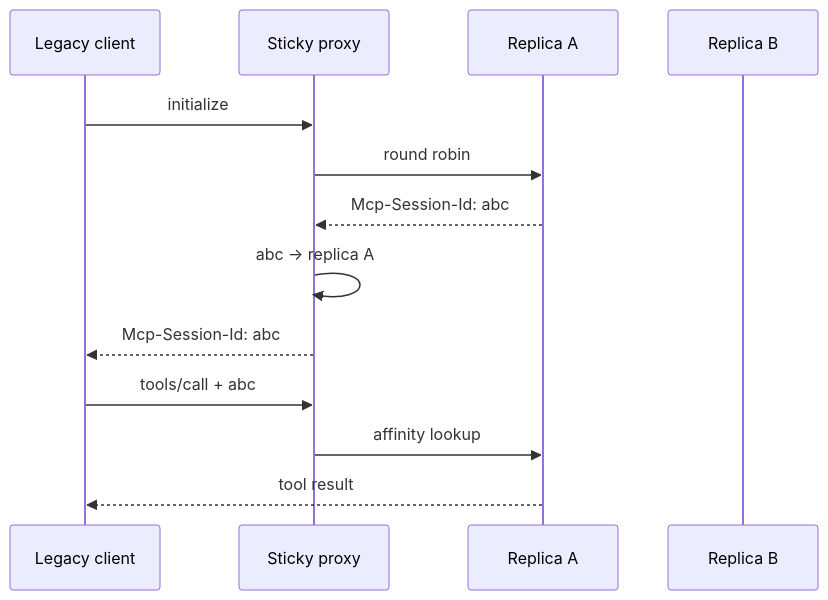
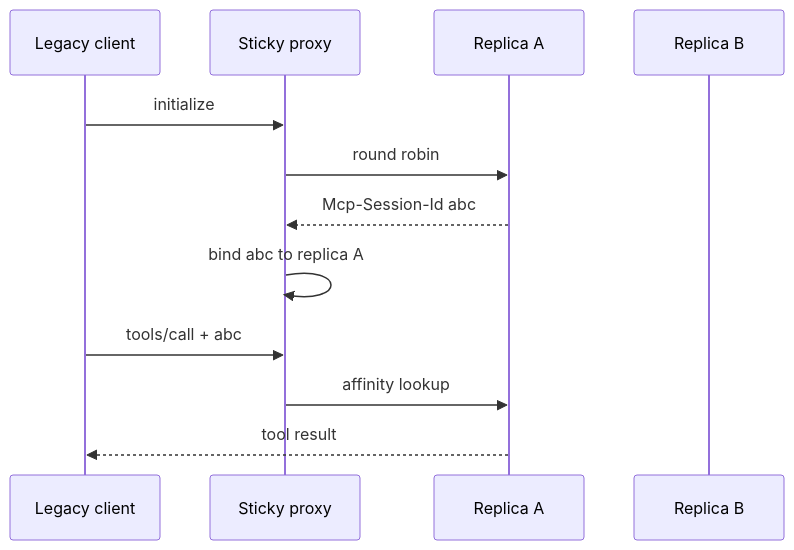
Before and after one commit to Giustino98/mcp-stateless-by-design: the second of 5 diagrams in README.md, drawn with Mermaid. The commit also changed other lines of this file and 24 other files, not shown here.

````diff
--- a/README.md
+++ b/README.md
@@ -52,16 +91,15 @@
 ```mermaid
 sequenceDiagram
     participant C as Legacy client
     participant P as Sticky proxy
     participant A as Replica A
     participant B as Replica B
 
     C->>P: initialize
     P->>A: round robin
-    A-->>P: Mcp-Session-Id: abc
-    P->>P: abc → replica A
-    P-->>C: Mcp-Session-Id: abc
+    A-->>P: Mcp-Session-Id abc
+    P->>P: bind abc to replica A
     C->>P: tools/call + abc
     P->>A: affinity lookup
     A-->>C: tool result
 ```
````
